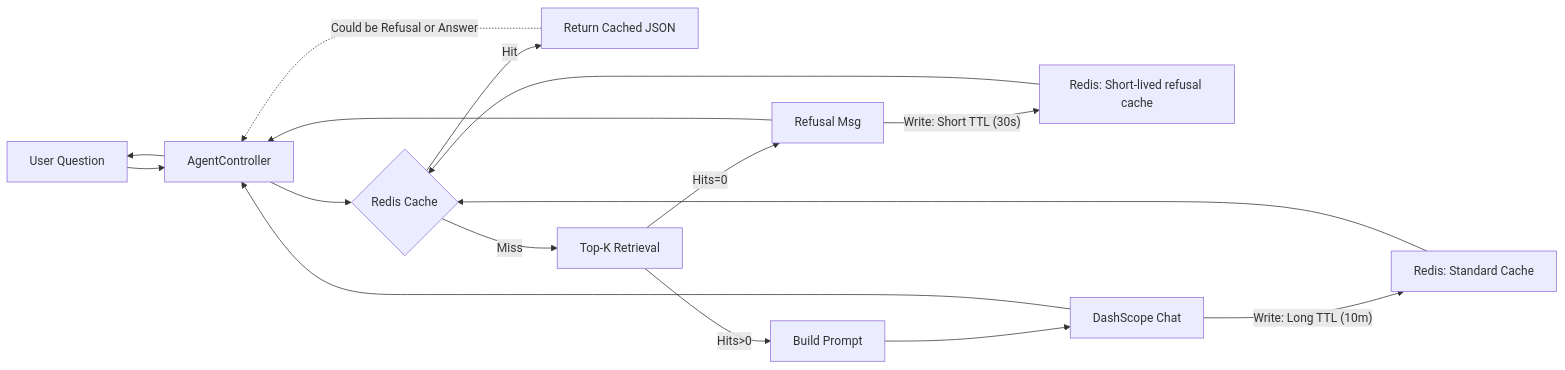
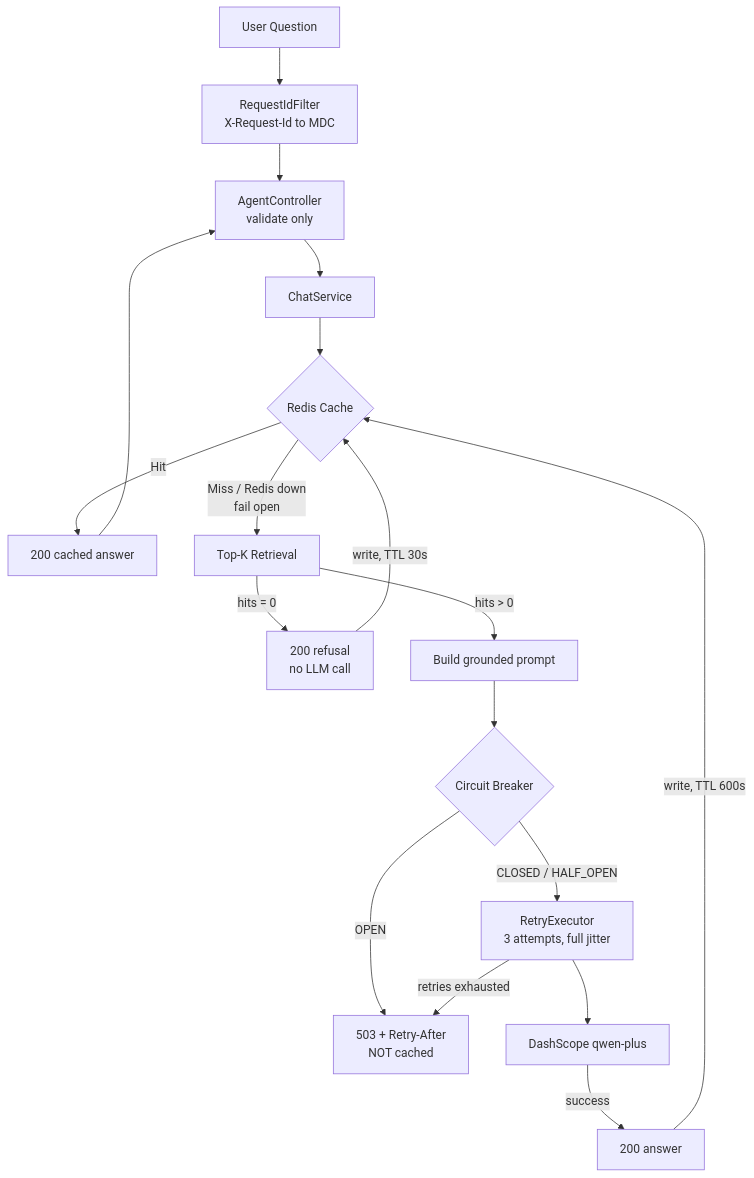
Before and after one commit to ChenHongshan333/NetEase-music-agent-backend-demo: the diagram in README.md, drawn with Mermaid. The commit also changed other lines of this file and 3 other files, not shown here.

````diff
--- a/README.md
+++ b/README.md
@@ -363,28 +461,26 @@
 ```mermaid
-flowchart LR
-  U[User Question] --> C[AgentController]
-  C --> KV{Redis Cache}
+flowchart TB
+  U[User Question] --> F[RequestIdFilter<br/>X-Request-Id to MDC]
+  F --> C[AgentController<br/>validate only]
+  C --> S[ChatService]
 
-  %% Read Path: Cache Hit
-  KV -- Hit --> H[Return Cached JSON]
-  H -.->|Could be Refusal or Answer| C
+  S --> KV{Redis Cache}
+  KV -- Hit --> H[200 cached answer]
+  H --> C
 
-  %% Write Path: Cache Miss -> Split Logic
-  KV -- Miss --> R[Top-K Retrieval]
+  KV -- "Miss / Redis down<br/>fail open" --> R[Top-K Retrieval]
 
-  %% Branch 1: No Knowledge (Refusal)
-  R -- Hits=0 --> Z[Refusal Msg]
-  Z -- "Write: Short TTL (30s)" --> W1[Redis: Short-lived refusal cache]
-  W1 --> KV
-  Z --> C
+  R -- "hits = 0" --> Z["200 refusal<br/>no LLM call"]
+  Z -- "write, TTL 30s" --> KV
 
-  %% Branch 2: Knowledge Found (Answer)
-  R -- Hits>0 --> P[Build Prompt]
-  P --> L[DashScope Chat]
-  L -- "Write: Long TTL (10m)" --> W2[Redis: Standard Cache]
-  W2 --> KV
-  L --> C
+  R -- "hits > 0" --> P[Build grounded prompt]
+  P --> CB{Circuit Breaker}
 
-  C --> U
+  CB -- OPEN --> D["503 + Retry-After<br/>NOT cached"]
+  CB -- "CLOSED / HALF_OPEN" --> RT[RetryExecutor<br/>3 attempts, full jitter]
+  RT --> L[DashScope qwen-plus]
 
+  L -- success --> A[200 answer]
+  A -- "write, TTL 600s" --> KV
+  RT -- "retries exhausted" --> D
 ```
````
